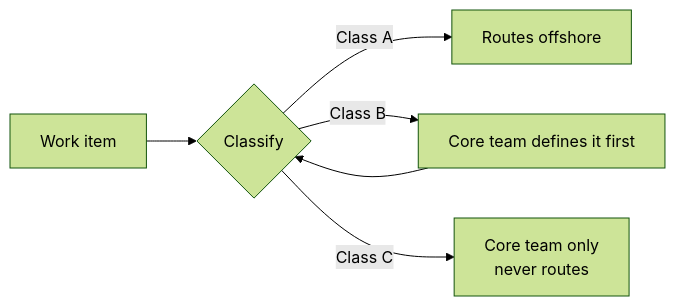
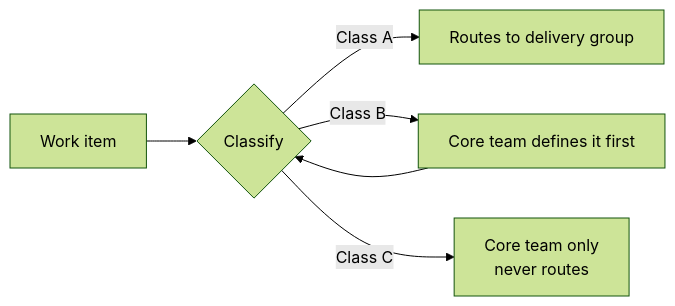
Before and after one commit to glennthielman/core-delivery-group-organization: the first of 4 diagrams in Talk deck - Taylorism and Druckerism.md, drawn with Mermaid (forest theme). The commit also changed other lines of this file and 8 other files, not shown here.

````diff
--- a/Talk deck - Taylorism and Druckerism.md
+++ b/Talk deck - Taylorism and Druckerism.md
@@ -707,8 +707,8 @@
 ```mermaid
 flowchart LR
     W["Work item"] --> T{"Classify"}
-    T -->|"Class A"| OFF["Routes offshore"]
+    T -->|"Class A"| OFF["Routes to delivery group"]
     T -->|"Class B"| DEF["Core team defines it first"]
     DEF --> T
     T -->|"Class C"| CORE["Core team only<br/>never routes"]
 ```
````
